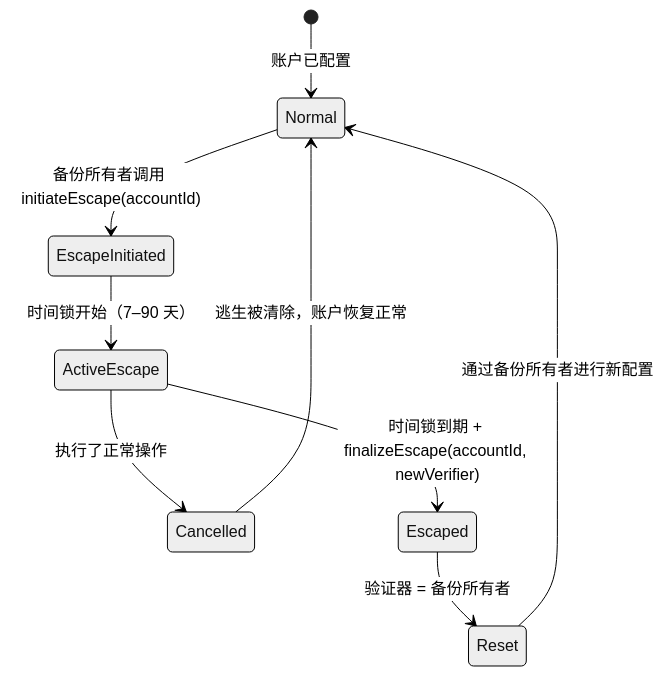
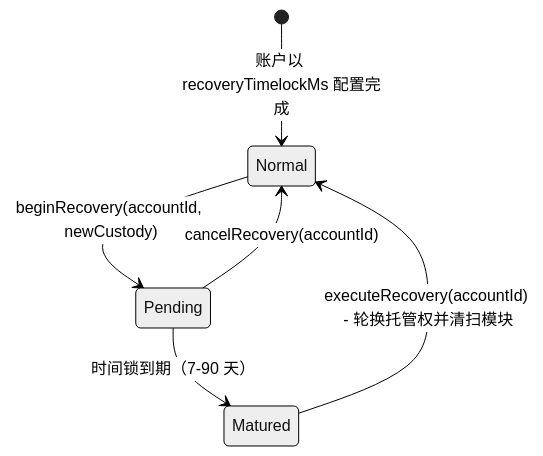
Before and after one commit to r3e-network/neo-os-aa: the second of 2 diagrams in docs/SECURITY_MODEL.zh-CN.md, drawn with Mermaid (neutral theme). The commit also changed other lines of this file and 425 other files, not shown here.

````diff
--- a/docs/SECURITY_MODEL.zh-CN.md
+++ b/docs/SECURITY_MODEL.zh-CN.md
@@ -349,11 +349,8 @@
 ```mermaid
 stateDiagram-v2
-    [*] --> Normal: 账户已配置
-    Normal --> EscapeInitiated: 备份所有者调用 initiateEscape(accountId)
-    EscapeInitiated --> ActiveEscape: 时间锁开始（7–90 天）
-    ActiveEscape --> Cancelled: 执行了正常操作
-    ActiveEscape --> Escaped: 时间锁到期 + finalizeEscape(accountId, newVerifier)
-    Cancelled --> Normal: 逃生被清除，账户恢复正常
-    Escaped --> Reset: 验证器 = 备份所有者
-    Reset --> Normal: 通过备份所有者进行新配置
+    [*] --> Normal: 账户以 recoveryTimelockMs 配置完成
+    Normal --> Pending: beginRecovery(accountId, newCustody)
+    Pending --> Normal: cancelRecovery(accountId)
+    Pending --> Matured: 时间锁到期（7-90 天）
+    Matured --> Normal: executeRecovery(accountId) - 轮换托管权并清扫模块
 ```
````
